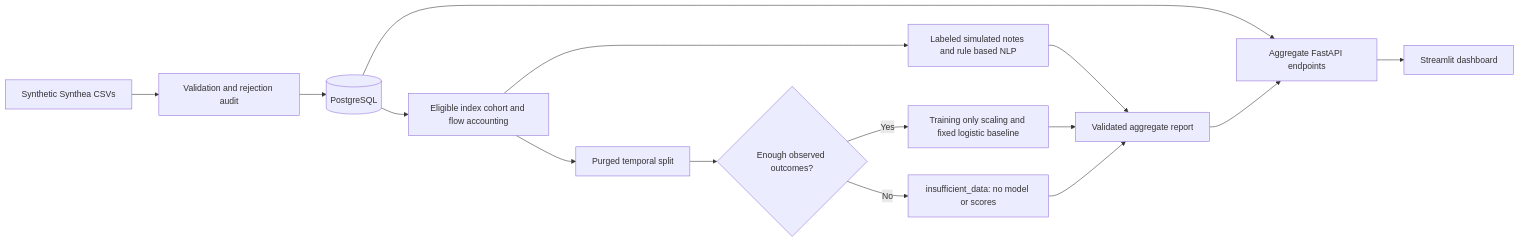
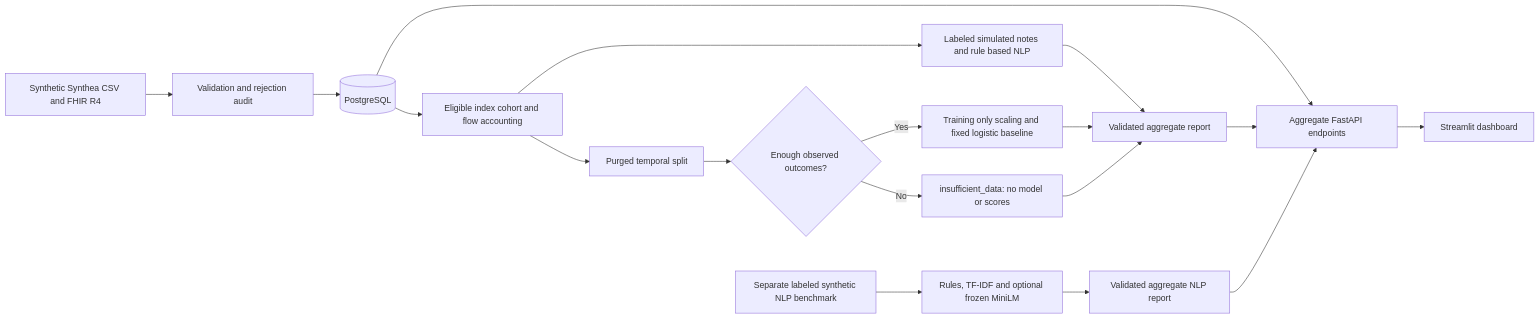
Before and after one commit to ChelseaVadlapati/ClinResearch-AI: the diagram in README.md, drawn with Mermaid. The commit also changed other lines of this file and 22 other files, not shown here.

````diff
--- a/README.md
+++ b/README.md
@@ -75,17 +107,20 @@
 ```mermaid
 flowchart LR
-    S[Synthetic Synthea CSVs] --> V[Validation and rejection audit]
+    S[Synthetic Synthea CSV and FHIR R4] --> V[Validation and rejection audit]
     V --> D[(PostgreSQL)]
     D --> A[Aggregate FastAPI endpoints]
     A --> U[Streamlit dashboard]
     D --> C[Eligible index cohort and flow accounting]
     C --> N[Labeled simulated notes and rule based NLP]
     C --> T[Purged temporal split]
     T --> E{Enough observed outcomes?}
     E -->|No| I[insufficient_data: no model or scores]
     E -->|Yes| M[Training only scaling and fixed logistic baseline]
     N --> R[Validated aggregate report]
     M --> R
     I --> R
     R --> A
+    B[Separate labeled synthetic NLP benchmark] --> F[Rules, TF-IDF and optional frozen MiniLM]
+    F --> Q[Validated aggregate NLP report]
+    Q --> A
 ```
````
